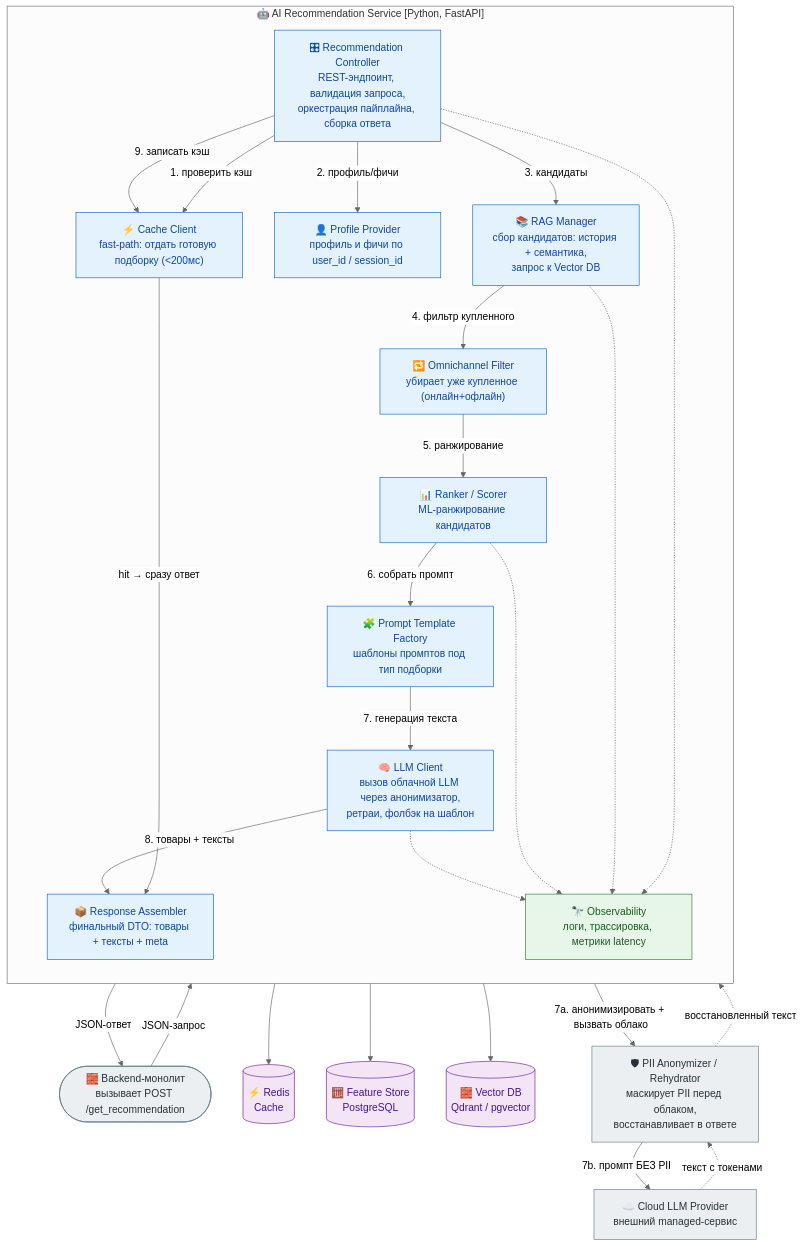
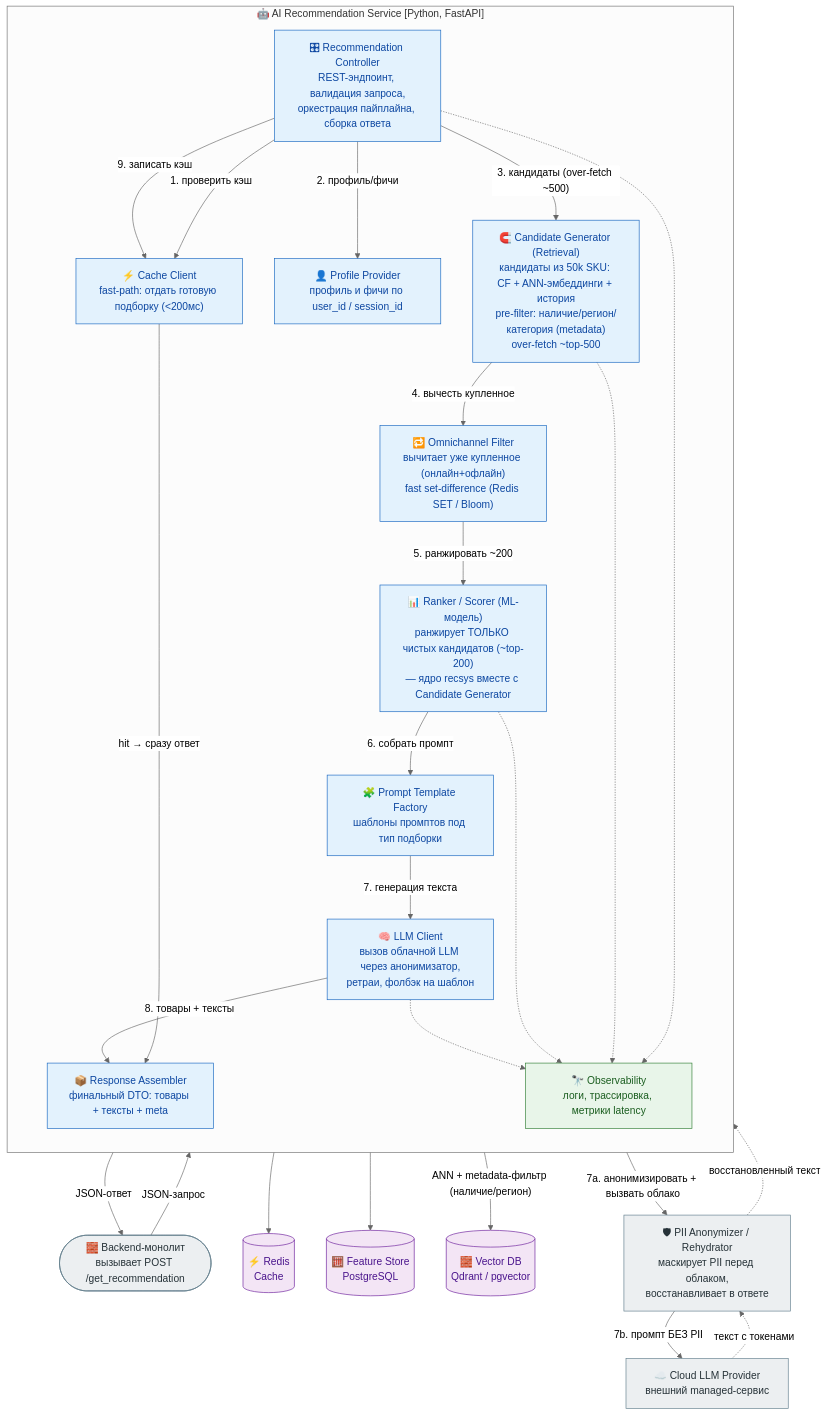
The diagram in hw-2/diagrams/c3-component.mmd (divisee/otus-ai-architect), drawn with Mermaid (neutral theme) before and after one commit. The commit also changed 3 other files, not shown here.

```diff
--- a/hw-2/diagrams/c3-component.mmd
+++ b/hw-2/diagrams/c3-component.mmd
@@ -1,68 +1,68 @@
 %% C4 Level 3 — Component Diagram. Внутренности контейнера "AI Recommendation Service"
 %% Вставьте код в https://mermaid.live
 
 flowchart TB
     BE([🧱 Backend-монолит<br/>вызывает POST /get_recommendation])
 
     subgraph AISVC["🤖 AI Recommendation Service [Python, FastAPI]"]
         direction TB
 
         CTRL["🎛 Recommendation Controller<br/>REST-эндпоинт, валидация запроса,<br/>оркестрация пайплайна, сборка ответа"]
         CACHEC["⚡ Cache Client<br/>fast-path: отдать готовую подборку (<200мс)"]
         PROF["👤 Profile Provider<br/>профиль и фичи по user_id / session_id"]
-        RAG["📚 RAG Manager<br/>сбор кандидатов: история + семантика,<br/>запрос к Vector DB"]
-        OMNI["🔁 Omnichannel Filter<br/>убирает уже купленное (онлайн+офлайн)"]
-        RANK["📊 Ranker / Scorer<br/>ML-ранжирование кандидатов"]
+        CG["🧲 Candidate Generator (Retrieval)<br/>кандидаты из 50k SKU: CF + ANN-эмбеддинги + история<br/>pre-filter: наличие/регион/категория (metadata)<br/>over-fetch ~top-500"]
+        OMNI["🔁 Omnichannel Filter<br/>вычитает уже купленное (онлайн+офлайн)<br/>fast set-difference (Redis SET / Bloom)"]
+        RANK["📊 Ranker / Scorer (ML-модель)<br/>ранжирует ТОЛЬКО чистых кандидатов (~top-200)<br/>— ядро recsys вместе с Candidate Generator"]
         PTF["🧩 Prompt Template Factory<br/>шаблоны промптов под тип подборки"]
         LLMC["🧠 LLM Client<br/>вызов облачной LLM через анонимизатор,<br/>ретраи, фолбэк на шаблон"]
         ASM["📦 Response Assembler<br/>финальный DTO: товары + тексты + meta"]
         OBS["🔭 Observability<br/>логи, трассировка, метрики latency"]
     end
 
     %% Внешние для контейнера зависимости
     CACHE[("⚡ Redis<br/>Cache")]
     FS[("🧮 Feature Store<br/>PostgreSQL")]
     VDB[("🧱 Vector DB<br/>Qdrant / pgvector")]
     ANON["🛡 PII Anonymizer / Rehydrator<br/>маскирует PII перед облаком,<br/>восстанавливает в ответе"]
     CLOUD["☁️ Cloud LLM Provider<br/>внешний managed-сервис"]
 
     %% Поток управления
     BE -->|"JSON-запрос"| CTRL
     CTRL -->|"1. проверить кэш"| CACHEC
     CACHEC -->|"hit → сразу ответ"| ASM
     CTRL -->|"2. профиль/фичи"| PROF
-    CTRL -->|"3. кандидаты"| RAG
-    RAG -->|"4. фильтр купленного"| OMNI
-    OMNI -->|"5. ранжирование"| RANK
+    CTRL -->|"3. кандидаты (over-fetch ~500)"| CG
+    CG -->|"4. вычесть купленное"| OMNI
+    OMNI -->|"5. ранжировать ~200"| RANK
     RANK -->|"6. собрать промпт"| PTF
     PTF -->|"7. генерация текста"| LLMC
     LLMC -->|"8. товары + тексты"| ASM
     CTRL -->|"9. записать кэш"| CACHEC
     ASM -->|"JSON-ответ"| BE
 
     %% Доступ к данным
     CACHEC --> CACHE
     PROF --> FS
-    RAG --> VDB
+    CG -->|"ANN + metadata-фильтр (наличие/регион)"| VDB
 
     %% Генерация: облако через анонимизатор PII
     LLMC -->|"7a. анонимизировать + вызвать облако"| ANON
     ANON -->|"7b. промпт БЕЗ PII"| CLOUD
     CLOUD -.->|"текст с токенами"| ANON
     ANON -.->|"восстановленный текст"| LLMC
 
     %% Наблюдаемость
     CTRL -.-> OBS
-    RAG -.-> OBS
+    CG -.-> OBS
     RANK -.-> OBS
     LLMC -.-> OBS
 
     classDef comp fill:#e3f2fd,stroke:#1565c0,color:#0d47a1;
     classDef data fill:#f3e5f5,stroke:#6a1b9a,color:#4a148c;
     classDef ext fill:#eceff1,stroke:#607d8b,color:#263238;
     classDef obs fill:#e8f5e9,stroke:#2e7d32,color:#1b5e20;
 
-    class CTRL,CACHEC,PROF,RAG,OMNI,RANK,PTF,LLMC,ASM comp;
+    class CTRL,CACHEC,PROF,CG,OMNI,RANK,PTF,LLMC,ASM comp;
     class CACHE,FS,VDB data;
     class BE,ANON,CLOUD ext;
     class OBS obs;
```
